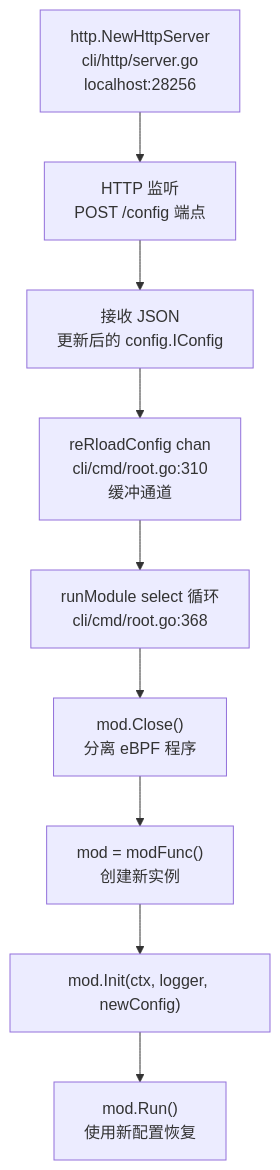
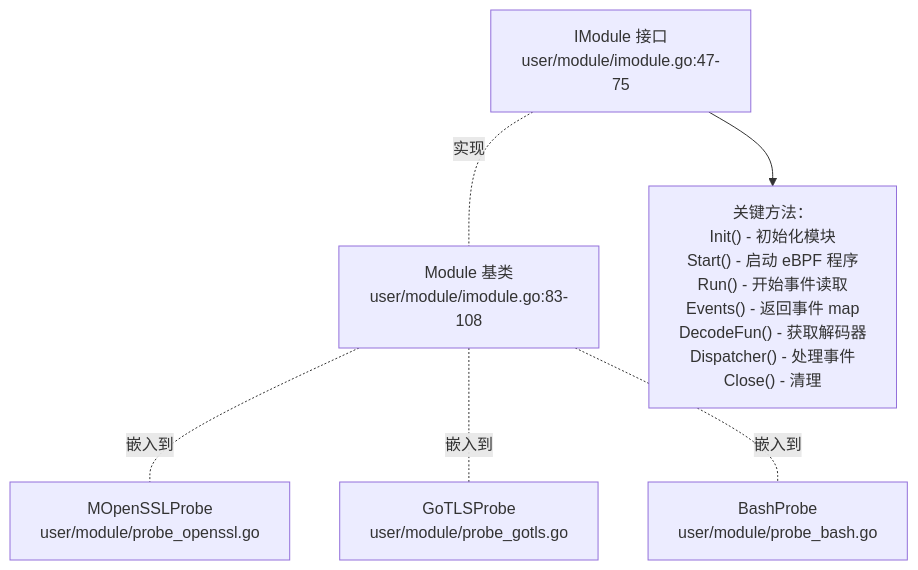
The third of 7 diagrams in src/zh/2-architecture/index.md (gojue/ecapture.cc), drawn with Mermaid before and after one commit. The commit also changed other lines of this file and 115 other files, not shown here.

````diff
--- a/src/zh/2-architecture/index.md
+++ b/src/zh/2-architecture/index.md
@@ -227,18 +134,18 @@
 ```mermaid
 graph TB
-    HTTPServer["http.NewHttpServer<br/>cli/http/server.go<br/>localhost:28256"] --> ListenAddr["HTTP 监听<br/>POST /config 端点"]
+    IModule["IModule 接口<br/>user/module/imodule.go:47-75"]
+    Module["Module 基类<br/>user/module/imodule.go:83-108"]
     
-    ListenAddr --> ReceiveJSON["接收 JSON<br/>更新后的 config.IConfig"]
+    OpenSSL["MOpenSSLProbe<br/>user/module/probe_openssl.go"]
+    GoTLS["GoTLSProbe<br/>user/module/probe_gotls.go"]
+    Bash["BashProbe<br/>user/module/probe_bash.go"]
     
-    ReceiveJSON --> ReloadChannel["reRloadConfig chan<br/>cli/cmd/root.go:310<br/>缓冲通道"]
+    IModule -.实现.- Module
+    Module -.嵌入到.- OpenSSL
+    Module -.嵌入到.- GoTLS
+    Module -.嵌入到.- Bash
     
-    ReloadChannel --> RunModuleLoop["runModule select 循环<br/>cli/cmd/root.go:368"]
+    Methods["关键方法：<br/>Init() - 初始化模块<br/>Start() - 启动 eBPF 程序<br/>Run() - 开始事件读取<br/>Events() - 返回事件 map<br/>DecodeFun() - 获取解码器<br/>Dispatcher() - 处理事件<br/>Close() - 清理"]
     
-    RunModuleLoop --> CloseModule["mod.Close()<br/>分离 eBPF 程序"]
-    
-    CloseModule --> Reinit["mod = modFunc()<br/>创建新实例"]
-    
-    Reinit --> InitWithNewConfig["mod.Init(ctx, logger, newConfig)"]
-    
-    InitWithNewConfig --> RestartModule["mod.Run()<br/>使用新配置恢复"]
+    IModule --> Methods
 ```
````
